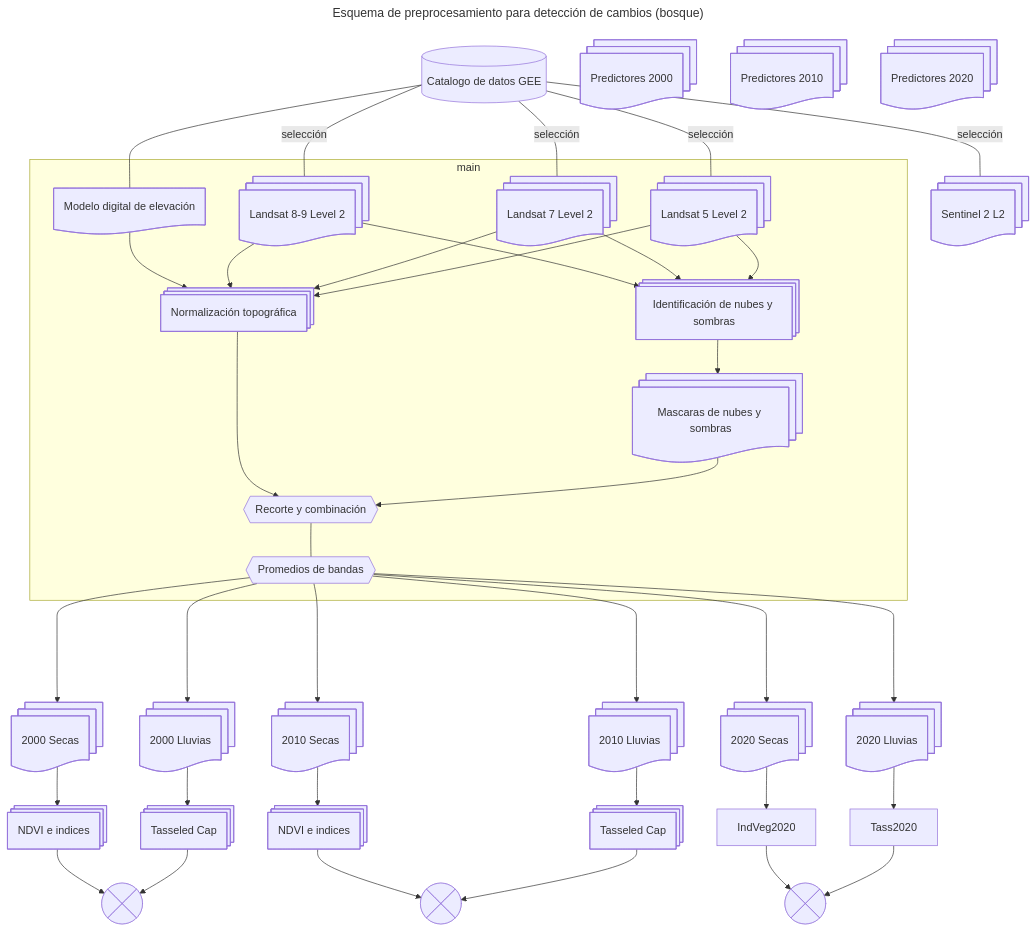
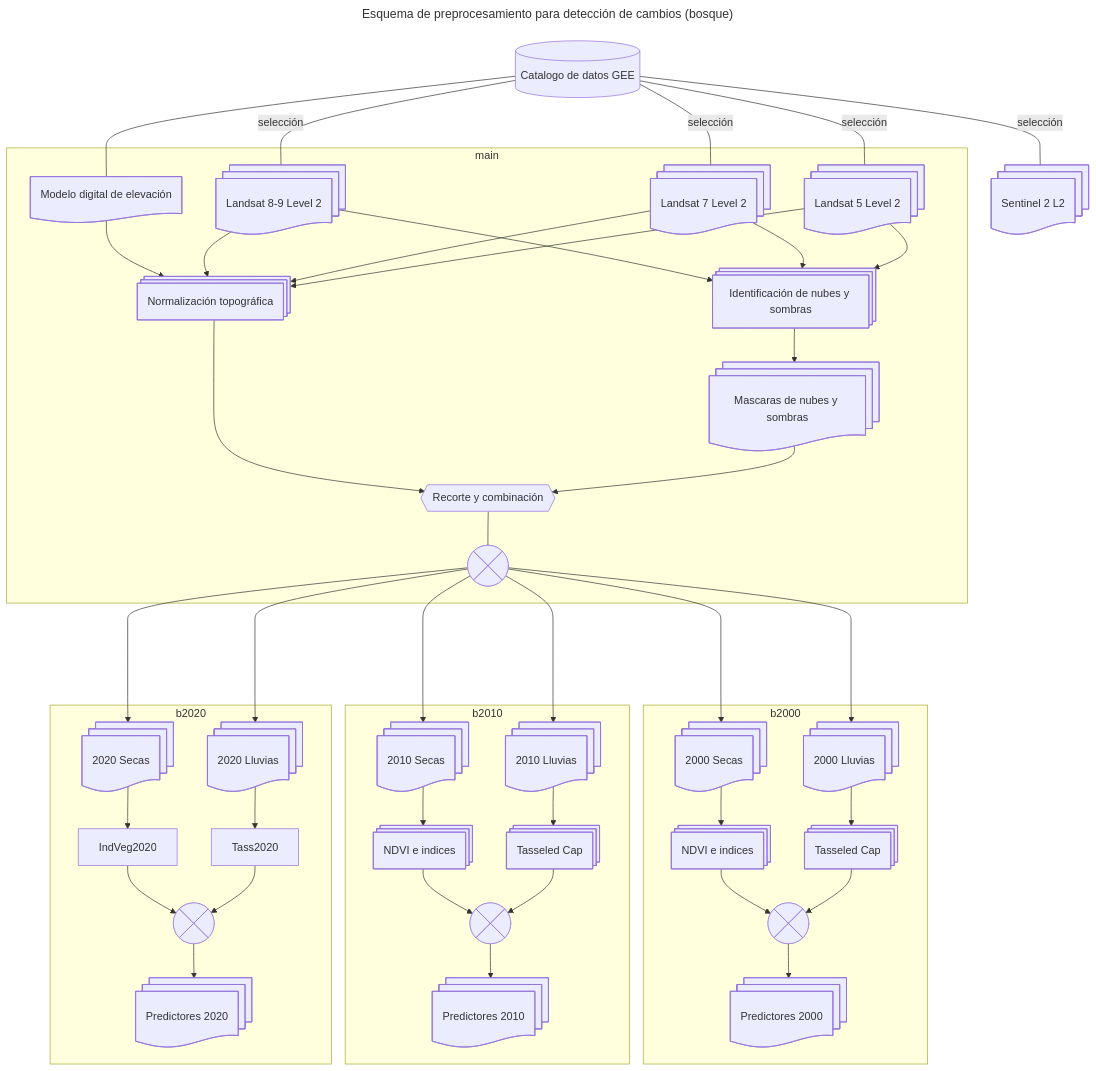
Before and after one commit to vshalisko/GEE: the diagram in ANPs/Esquema_preprocesamiento.mermaid, drawn with Mermaid. The commit also changed other lines of this file, not shown here.

```diff
--- a/ANPs/Esquema_preprocesamiento.mermaid
+++ b/ANPs/Esquema_preprocesamiento.mermaid
@@ -1,82 +1,92 @@
 ---
 title: Esquema de preprocesamiento para detección de cambios (bosque)
 ---
 flowchart TD
     gee1[(Catalogo de datos GEE)]
     Landsat8@{ shape: docs, label: Landsat 8-9 Level 2}
     Landsat7@{ shape: docs, label: Landsat 7 Level 2}
     Landsat5@{ shape: docs, label: Landsat 5 Level 2}
     Sentinel2@{ shape: docs, label: Sentinel 2 L2}
     MDE@{ shape: doc, label: Modelo digital de elevación}
     
     INS@{ shape: procs, label: "Identificación de nubes y sombras"}
     MNS@{ shape: docs, label: "Mascaras de nubes y sombras"}
     NT@{ shape: procs, label: "Normalización topográfica"}
     Combinacion1@{ shape: hex, label: "Recorte y combinación" }
-    Combinacion2@{ shape: hex, label: "Promedios de bandas" }
+    Combinacion2@{ shape: cross-circ, label: "Promedios de bandas" }
 
     BSecas2000@{ shape: docs, label: 2000 Secas}
     BLluvias2000@{ shape: docs, label: 2000 Lluvias}
     BSecas2010@{ shape: docs, label: 2010 Secas}
     BLluvias2010@{ shape: docs, label: 2010 Lluvias}
     BSecas2020@{ shape: docs, label: 2020 Secas}
     BLluvias2020@{ shape: docs, label: 2020 Lluvias}
 
     IndVeg2000@{ shape: procs, label: "NDVI e indices"}
     IndVeg2010@{ shape: procs, label: "NDVI e indices"}
     IndVeg2010@{ shape: procs, label: "NDVI e indices"}
     Tass2000@{ shape: procs, label: "Tasseled Cap"}
     Tass2010@{ shape: procs, label: "Tasseled Cap"}
     Tass2010@{ shape: procs, label: "Tasseled Cap"}
 
+    Comb2000@{ shape: cross-circ, label: "Combinación" }
+    Comb2010@{ shape: cross-circ, label: "Combinación" }
+    Comb2020@{ shape: cross-circ, label: "Combinación" }
+
     Capas2000@{ shape: docs, label: Predictores 2000}
     Capas2010@{ shape: docs, label: Predictores 2010}
     Capas2020@{ shape: docs, label: Predictores 2020}
 
-    Comb2000@{ shape: cross-circ, label: "Combinación" }
-    Comb2010@{ shape: cross-circ, label: "Combinación" }
-    Comb2020@{ shape: cross-circ, label: "Combinación" }
-    
     gee1---|selección|Landsat8
     gee1---|selección|Landsat7
     gee1---|selección|Landsat5
     gee1---|selección|Sentinel2
     gee1---MDE
 
     subgraph main
         Landsat8-->INS
         Landsat7-->INS
         Landsat5-->INS
 
         MDE-->NT
         Landsat8-->NT
         Landsat7-->NT
         Landsat5-->NT
 
         INS-->MNS
         NT-->Combinacion1
         MNS-->Combinacion1
         Combinacion1---Combinacion2
         
     end
 
     Combinacion2---->BSecas2000
     Combinacion2---->BLluvias2000
     Combinacion2---->BSecas2010
     Combinacion2---->BLluvias2010
     Combinacion2---->BSecas2020
     Combinacion2---->BLluvias2020
 
-    BSecas2000-->IndVeg2000
-    BLluvias2000-->Tass2000
-    BSecas2010-->IndVeg2010
-    BLluvias2010-->Tass2010
-    BSecas2020-->IndVeg2020
-    BLluvias2020-->Tass2020
+    subgraph b2000
+        BSecas2000-->IndVeg2000
+        BLluvias2000-->Tass2000
+        IndVeg2000-->Comb2000
+        Tass2000-->Comb2000
+        Comb2000-->Capas2000
+    end
 
-    IndVeg2000-->Comb2000
-    Tass2000-->Comb2000
-    IndVeg2010-->Comb2010
-    Tass2010-->Comb2010
-    IndVeg2020-->Comb2020
-    Tass2020-->Comb2020
+    subgraph b2010
+        BSecas2010-->IndVeg2010
+        BLluvias2010-->Tass2010
+        IndVeg2010-->Comb2010
+        Tass2010-->Comb2010
+        Comb2010-->Capas2010
+    end
+
+    subgraph b2020
+        BSecas2020-->IndVeg2020
+        BLluvias2020-->Tass2020
+        IndVeg2020-->Comb2020
+        Tass2020-->Comb2020
+        Comb2020-->Capas2020
+    end
```
